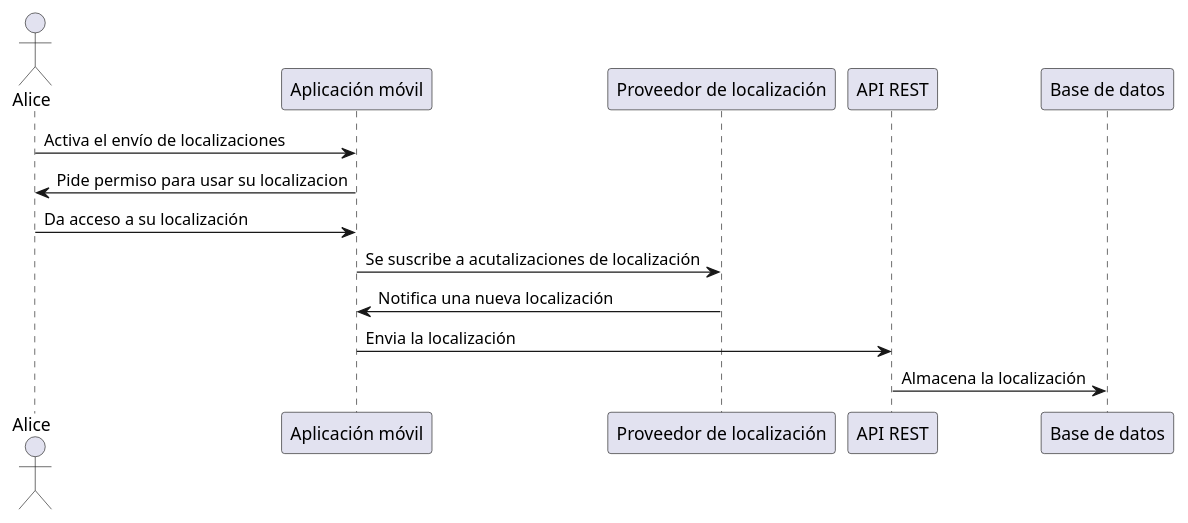
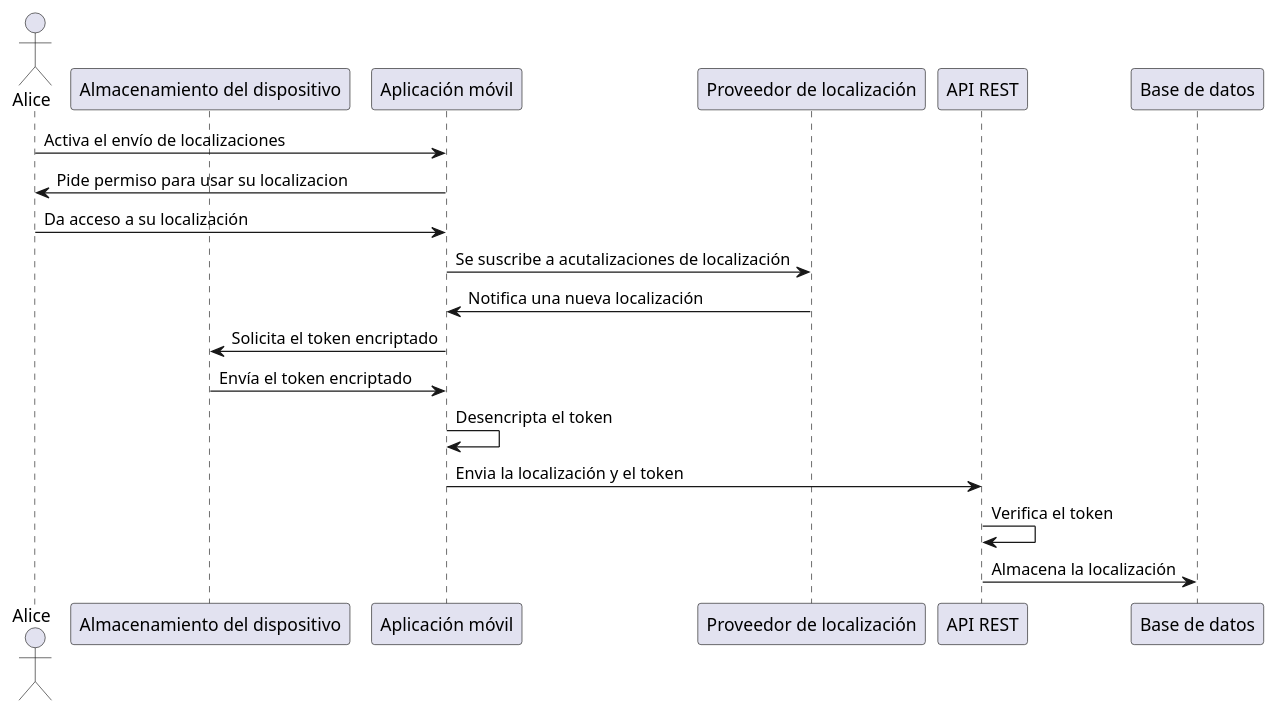
Before and after one commit to Arquisoft/radarin_es4b: the second of 5 diagrams in webapp/docs/06_runtime_view.adoc, drawn with PlantUML. The commit also changed other lines of this file and 4 other files, not shown here.

```diff
--- a/webapp/docs/06_runtime_view.adoc
+++ b/webapp/docs/06_runtime_view.adoc
@@ -30,15 +33,20 @@
 [plantuml,"Subir posición",png]
 ----
 actor Alice
+participant "Almacenamiento del dispositivo"
 participant "Aplicación móvil"
 participant "Proveedor de localización"
 participant "API REST"
 participant "Base de datos"
 Alice -> "Aplicación móvil": Activa el envío de localizaciones
 "Aplicación móvil" -> Alice: Pide permiso para usar su localizacion
 Alice -> "Aplicación móvil": Da acceso a su localización
 "Aplicación móvil" -> "Proveedor de localización": Se suscribe a acutalizaciones de localización
 "Proveedor de localización" -> "Aplicación móvil": Notifica una nueva localización
-"Aplicación móvil" -> "API REST": Envia la localización
+"Aplicación móvil" -> "Almacenamiento del dispositivo": Solicita el token encriptado
+"Aplicación móvil" <- "Almacenamiento del dispositivo": Envía el token encriptado
+"Aplicación móvil" -> "Aplicación móvil": Desencripta el token
+"Aplicación móvil" -> "API REST": Envia la localización y el token
+"API REST" -> "API REST": Verifica el token
 "API REST" -> "Base de datos": Almacena la localización
 ----
```
